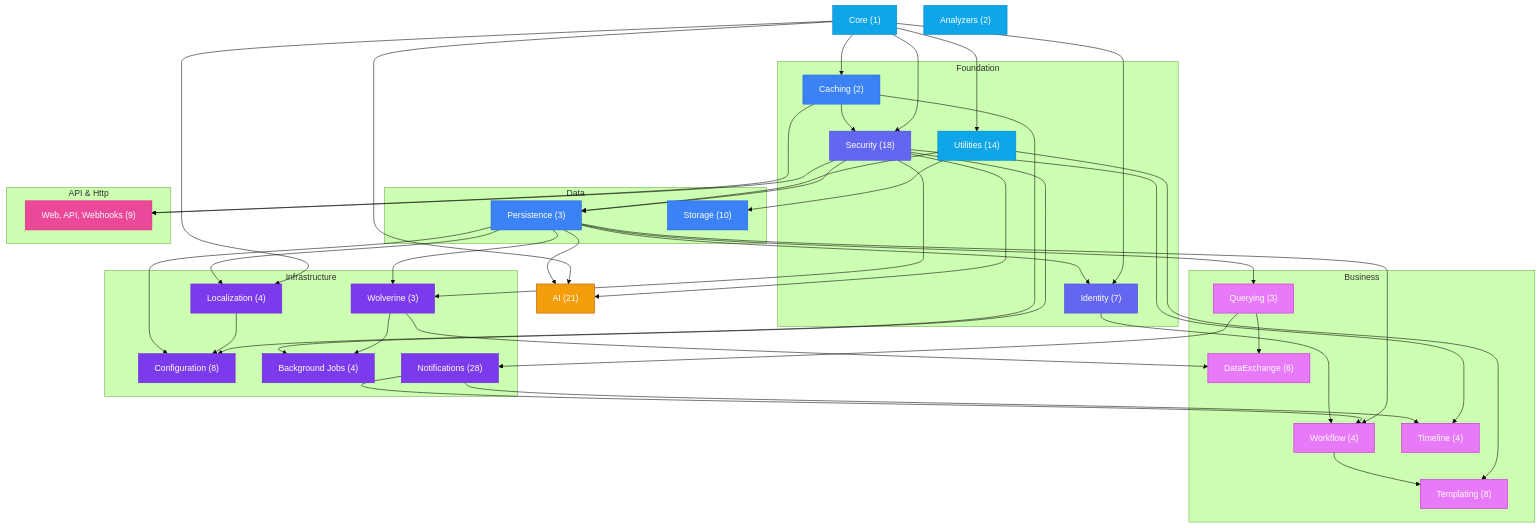
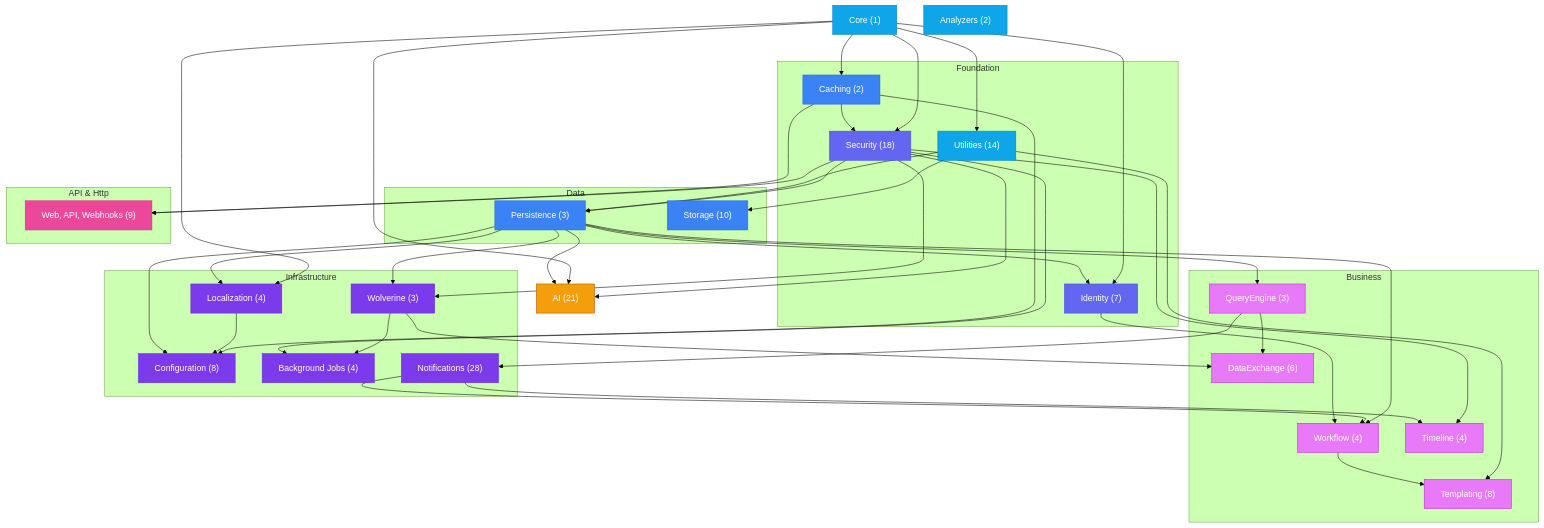
Before and after one commit to enraiz/granit-dotnet: the first of 6 diagrams in docs-site/src/content/docs/dotnet/architecture/dependency-graph.md, drawn with Mermaid (forest theme). The commit also changed other lines of this file and 801 other files, not shown here.

```diff
--- a/docs-site/src/content/docs/dotnet/architecture/dependency-graph.md
+++ b/docs-site/src/content/docs/dotnet/architecture/dependency-graph.md
@@ -62,7 +62,7 @@
 
     subgraph Business
         TMPL["Templating (8)"]:::business
-        QRY["Querying (3)"]:::business
+        QRY["QueryEngine (3)"]:::business
         DX["DataExchange (6)"]:::business
         WF["Workflow (4)"]:::business
         TL["Timeline (4)"]:::business
```
